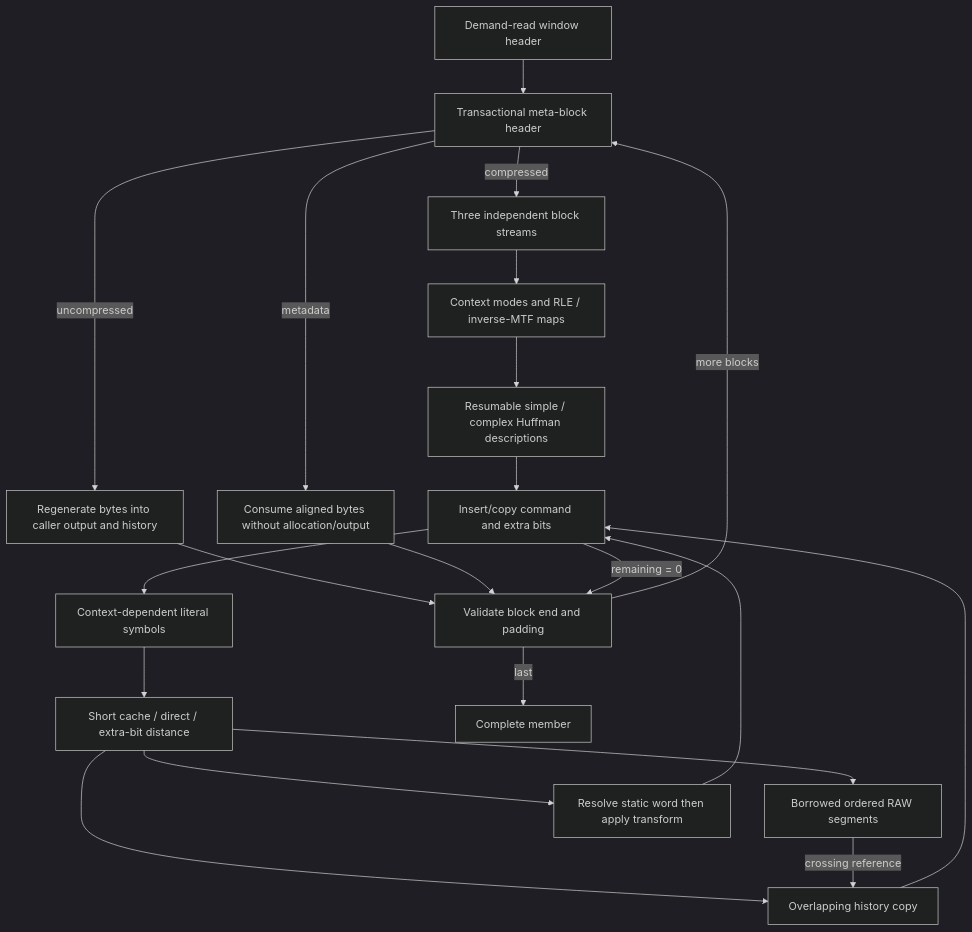
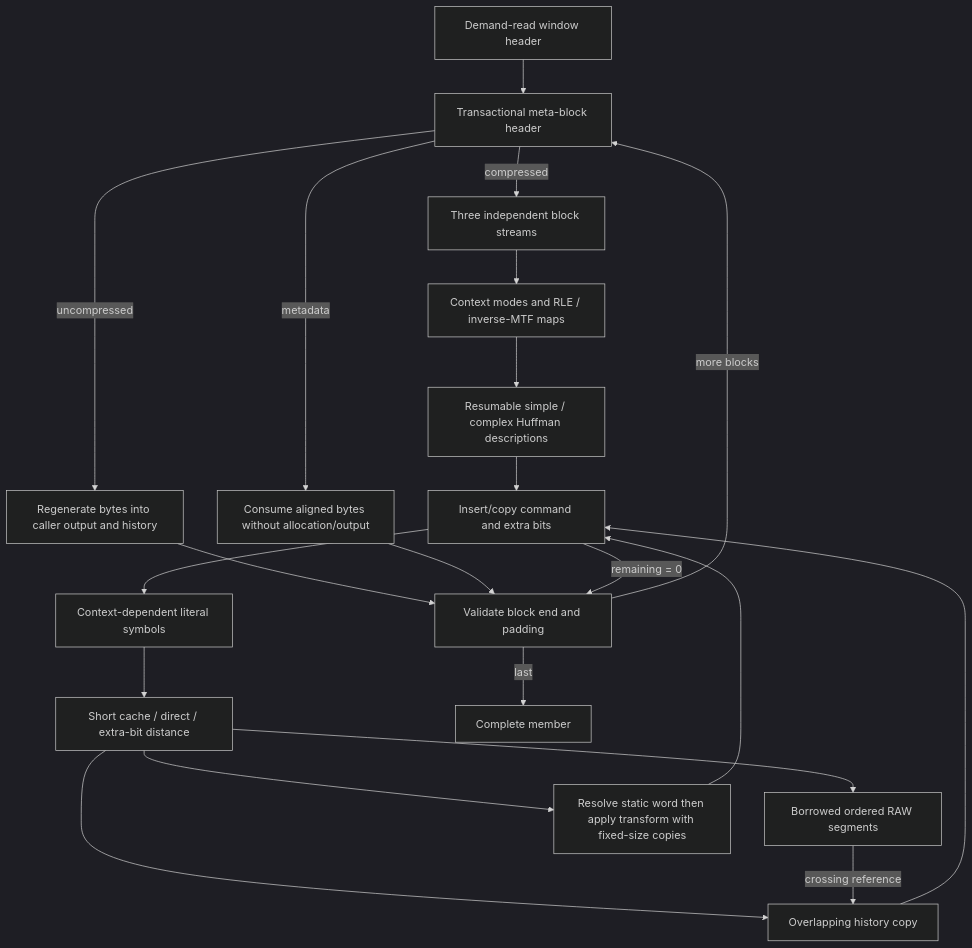
The third of 10 diagrams in architecture/decompressor.md (M-Compressors/mbrotli), drawn with Mermaid (dark theme) before and after one commit. The commit also changed other lines of this file and 22 other files, not shown here.

````diff
--- a/architecture/decompressor.md
+++ b/architecture/decompressor.md
@@ -154,23 +154,23 @@
 ```mermaid
 flowchart TD
     Window[Demand-read window header] --> Header[Transactional meta-block header]
     Header -->|metadata| Skip[Consume aligned bytes without allocation/output]
     Header -->|uncompressed| Raw[Regenerate bytes into caller output and history]
     Header -->|compressed| Types[Three independent block streams]
     Types --> Maps[Context modes and RLE / inverse-MTF maps]
     Maps --> Trees[Resumable simple / complex Huffman descriptions]
     Trees --> Command[Insert/copy command and extra bits]
     Command --> Literals[Context-dependent literal symbols]
     Literals --> Distance[Short cache / direct / extra-bit distance]
     Distance --> History[Overlapping history copy]
     Distance --> Prefix[Borrowed ordered RAW segments]
-    Distance --> Static[Resolve static word then apply transform]
+    Distance --> Static[Resolve static word then apply transform with fixed-size copies]
     Prefix -->|crossing reference| History
     History --> Command
     Static --> Command
     Raw --> End[Validate block end and padding]
     Skip --> End
     Command -->|remaining = 0| End
     End -->|more blocks| Header
     End -->|last| Member[Complete member]
 ```
````
